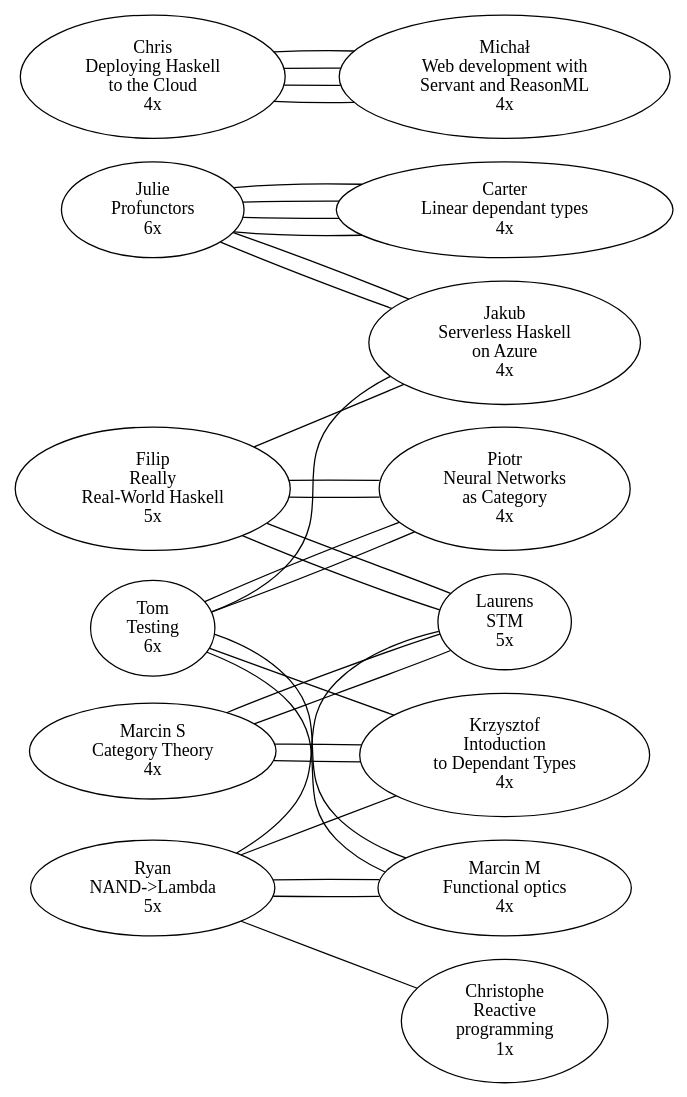
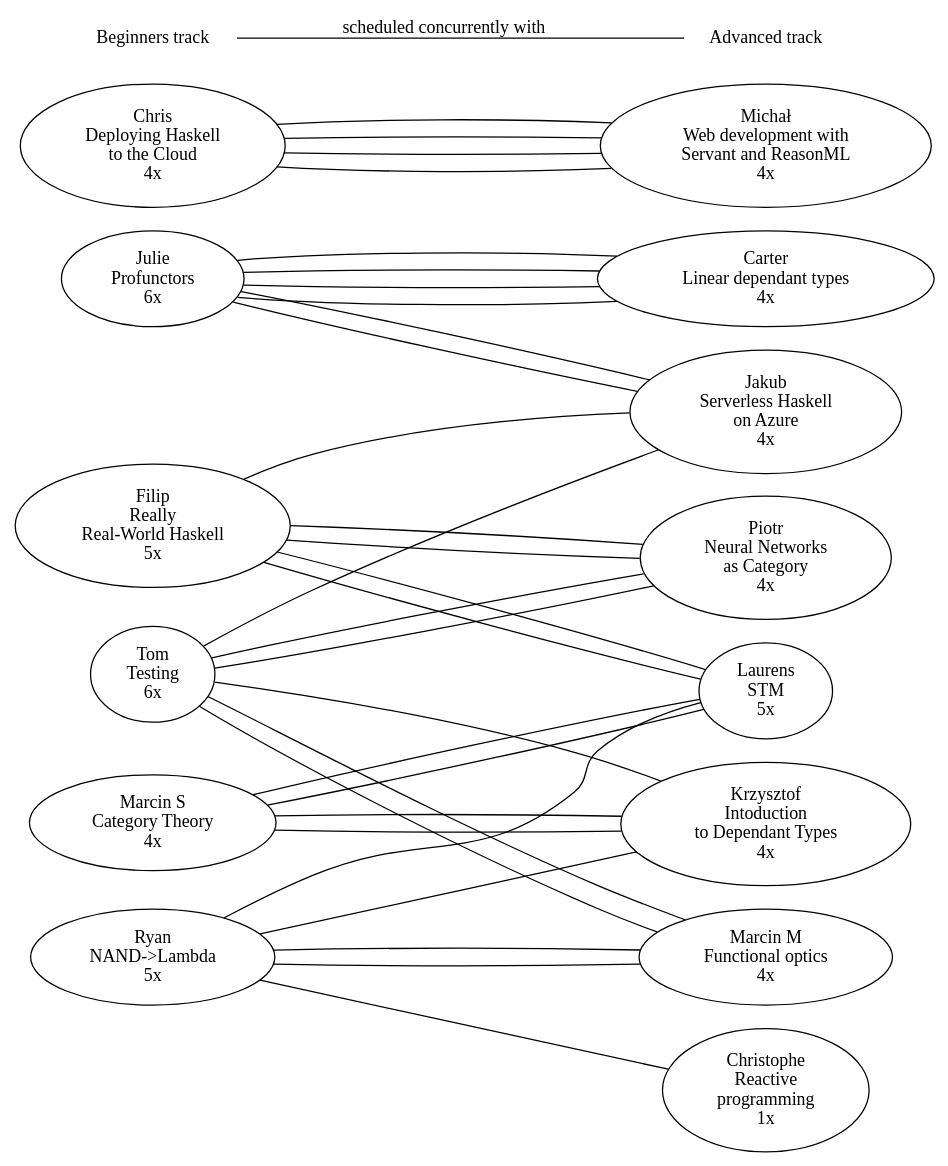
The diagram in schedule-clashes.gv (leonschoorl/monadic-party), drawn with Graphviz before and after one commit. The commit also changed 1 other file, not shown here.

Commit message:
Add track labels

```diff
--- a/schedule-clashes.gv
+++ b/schedule-clashes.gv
@@ -1,61 +1,65 @@
 graph scheduleClashes {
 	// Monday
 	Julie   -- Carter;
 	Julie   -- Carter;
 	MarcinS -- Laurens;
 	MarcinS -- Laurens;
 	Ryan    -- Laurens;
 	Ryan    -- Christophe;
 
 	// Tuesday
 	MarcinS -- Krzysztof;
 	MarcinS -- Krzysztof;
 	Ryan    -- MarcinM;
 	Ryan    -- MarcinM;
 	Julie   -- Carter;
 	Julie   -- Carter;
 
 	// Wednesday
 	Filip   -- Laurens;
 	Filip   -- Laurens;
 	Filip   -- Jakub;
 	Tom     -- Jakub;
 	Tom     -- Krzysztof;
 	Ryan    -- Krzysztof;
 
 	// Thursday
 	Tom     -- Piotr;
 	Tom     -- Piotr;
 	Julie   -- Jakub;
 	Julie   -- Jakub;
 	Chris   -- Michał;
 	Chris   -- Michał;
 
 	// Friday
 	Tom     -- MarcinM;
 	Tom     -- MarcinM;
 	Chris   -- Michał;
 	Chris   -- Michał;
 	Filip   -- Piotr;
 	Filip   -- Piotr;
 
 	// beginners track
 	Julie[label="Julie\nProfunctors\n6x"];
 	MarcinS[label="Marcin S\nCategory Theory\n4x"];
 	Ryan[label="Ryan\nNAND->Lambda\n5x"];
 	Filip[label="Filip\nReally\nReal-World Haskell\n5x"];
 	Tom[label="Tom\nTesting\n6x"];
 	Chris[label="Chris\nDeploying Haskell\nto the Cloud\n4x"];
 
 	// advanced track
 	Carter[label="Carter\nLinear dependant types\n4x"];
 	Laurens[label="Laurens\nSTM\n5x"];
 	Christophe[label="Christophe\nReactive\nprogramming\n1x"];
 	Krzysztof[label="Krzysztof\nIntoduction\nto Dependant Types\n4x"];
 	MarcinM[label="Marcin M\nFunctional optics\n4x"];
 	Jakub[label="Jakub\nServerless Haskell\non Azure\n4x"];
 	Piotr[label="Piotr\nNeural Networks\nas Category\n4x"];
 	Michał[label="Michał\nWeb development with\nServant and ReasonML\n4x"];
 
 	rankdir="LR";
+	node[shape=none];
+	beginners -- advanced[label="scheduled concurrently with"];
+	beginners[label="Beginners track"];
+	advanced[label="Advanced track"];
 }
```
